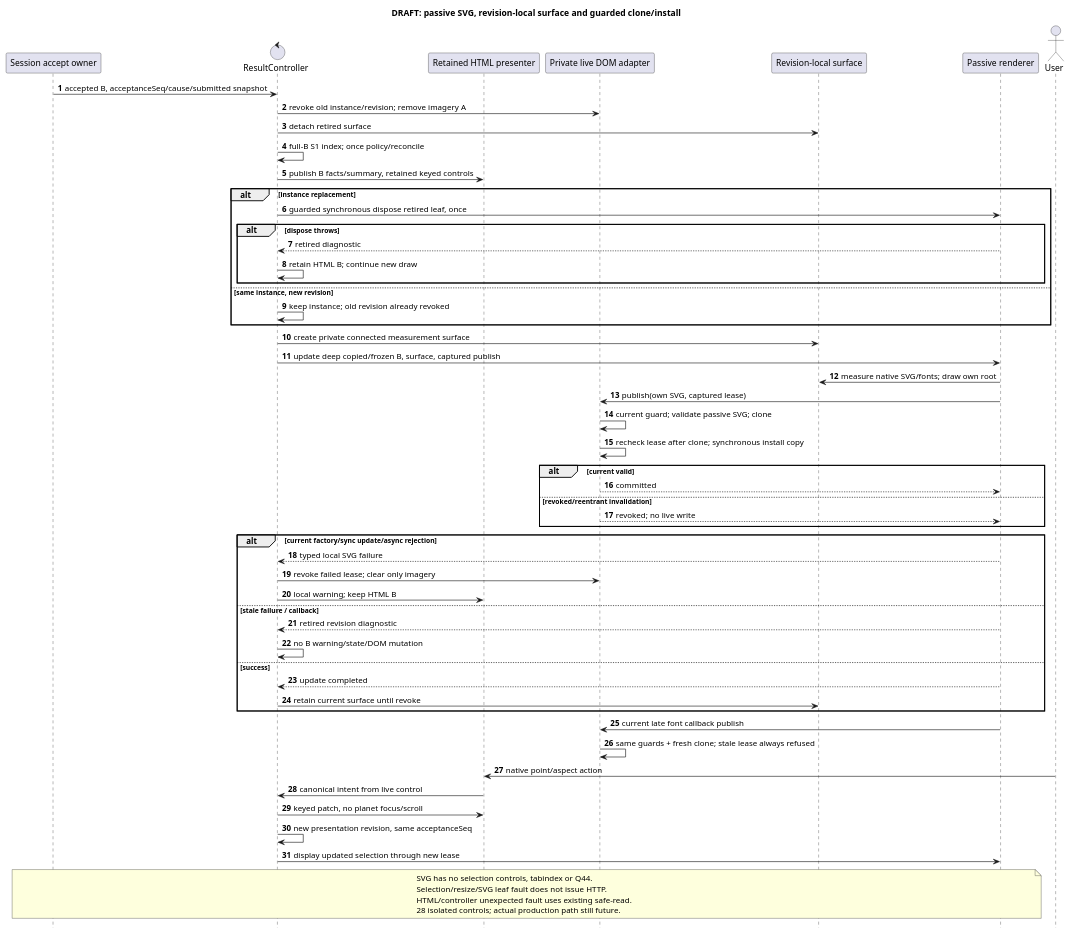
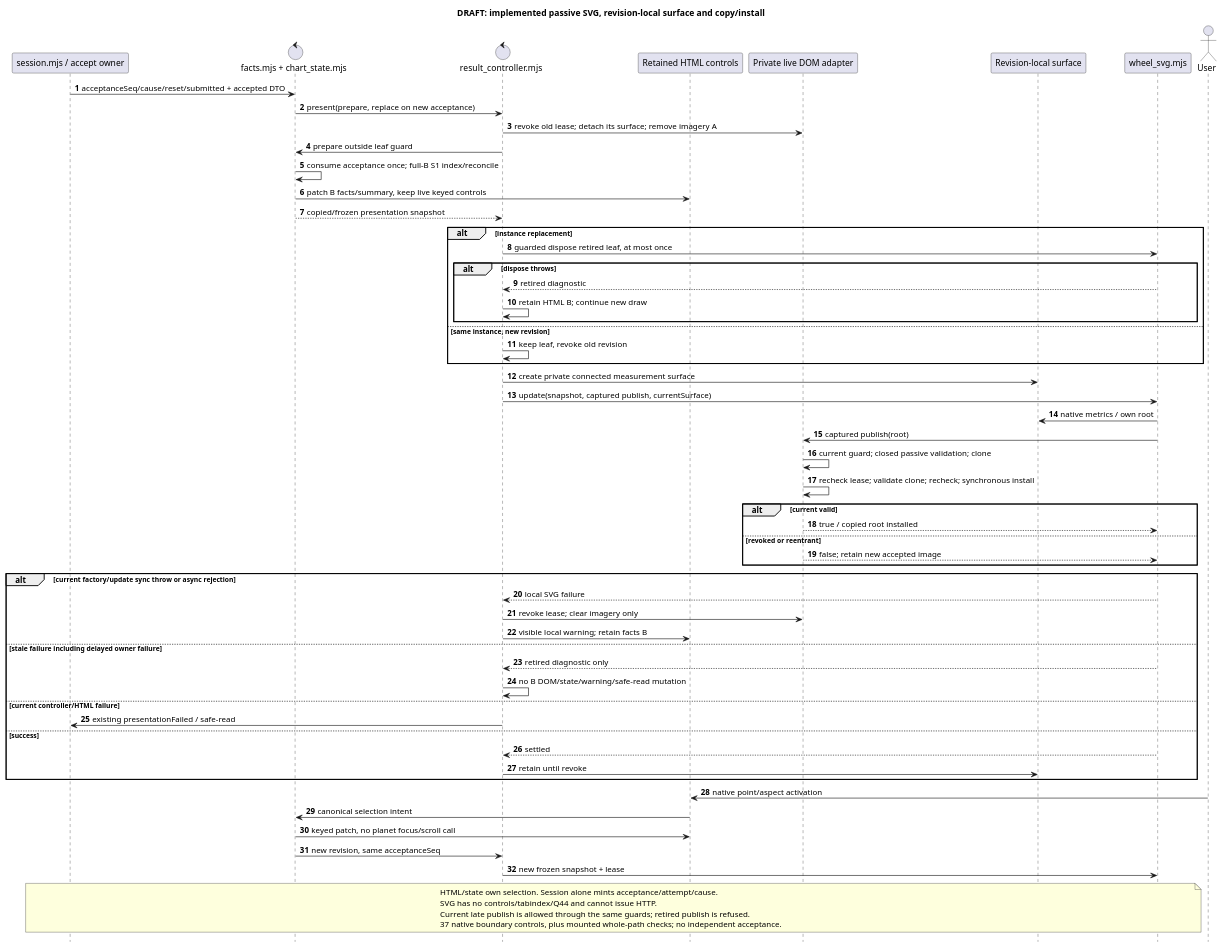
One commit to ksenia-baranova/exact-orb-demo changed the diagram in docs/project_management/change_plans/ui-chart-wheel/developer/sequence_diagrams/ui/003-passive-copy-install.puml. Above: the diagram before and after it, drawn with PlantUML. The commit also changed 1632 other files, not shown here.

First line of the commit message:
feat(ui-chart-wheel): render house rows and deliver Owner UI fixes

```diff
--- a/docs/project_management/change_plans/ui-chart-wheel/developer/sequence_diagrams/ui/003-passive-copy-install.puml
+++ b/docs/project_management/change_plans/ui-chart-wheel/developer/sequence_diagrams/ui/003-passive-copy-install.puml
@@ -1,62 +1,65 @@
 @startuml
-' DRAFT Developer,19.10.2026; InputSHA07bb56b; direct Owner preparation, no G3.
-title DRAFT: passive SVG, revision-local surface and guarded clone/install
+' DRAFT Developer,20.10.2026; implemented D007, InputSHA e0daa0e.
+title DRAFT: implemented passive SVG, revision-local surface and copy/install
 autonumber
 hide footbox
-participant "Session accept owner" as Session
-control "ResultController" as Result
-participant "Retained HTML presenter" as HTML
+participant "session.mjs / accept owner" as Session
+control "facts.mjs + chart_state.mjs" as Facts
+control "result_controller.mjs" as Result
+participant "Retained HTML controls" as HTML
 participant "Private live DOM adapter" as DOM
 participant "Revision-local surface" as Surface
-participant "Passive renderer" as Wheel
+participant "wheel_svg.mjs" as Wheel
 actor User
-Session -> Result : accepted B, acceptanceSeq/cause/submitted snapshot
-Result -> DOM : revoke old instance/revision; remove imagery A
-Result -> Surface : detach retired surface
-Result -> Result : full-B S1 index; once policy/reconcile
-Result -> HTML : publish B facts/summary, retained keyed controls
+Session -> Facts : acceptanceSeq/cause/reset/submitted + accepted DTO
+Facts -> Result : present(prepare, replace on new acceptance)
+Result -> DOM : revoke old lease; detach its surface; remove imagery A
+Result -> Facts : prepare outside leaf guard
+Facts -> Facts : consume acceptance once; full-B S1 index/reconcile
+Facts -> HTML : patch B facts/summary, keep live keyed controls
+Facts --> Result : copied/frozen presentation snapshot
 alt instance replacement
-  Result -> Wheel : guarded synchronous dispose retired leaf, once
+  Result -> Wheel : guarded dispose retired leaf, at most once
   alt dispose throws
     Wheel --> Result : retired diagnostic
     Result -> Result : retain HTML B; continue new draw
   end
 else same instance, new revision
-  Result -> Result : keep instance; old revision already revoked
+  Result -> Result : keep leaf, revoke old revision
 end
 Result -> Surface : create private connected measurement surface
-Result -> Wheel : update deep copied/frozen B, surface, captured publish
-Wheel -> Surface : measure native SVG/fonts; draw own root
-Wheel -> DOM : publish(own SVG, captured lease)
-DOM -> DOM : current guard; validate passive SVG; clone
-DOM -> DOM : recheck lease after clone; synchronous install copy
+Result -> Wheel : update(snapshot, captured publish, currentSurface)
+Wheel -> Surface : native metrics / own root
+Wheel -> DOM : captured publish(root)
+DOM -> DOM : current guard; closed passive validation; clone
+DOM -> DOM : recheck lease; validate clone; recheck; synchronous install
 alt current valid
-  DOM --> Wheel : committed
-else revoked/reentrant invalidation
-  DOM --> Wheel : revoked; no live write
+  DOM --> Wheel : true / copied root installed
+else revoked or reentrant
+  DOM --> Wheel : false; retain new accepted image
 end
-alt current factory/sync update/async rejection
-  Wheel --> Result : typed local SVG failure
-  Result -> DOM : revoke failed lease; clear only imagery
-  Result -> HTML : local warning; keep HTML B
-else stale failure / callback
-  Wheel --> Result : retired revision diagnostic
-  Result -> Result : no B warning/state/DOM mutation
+alt current factory/update sync throw or async rejection
+  Wheel --> Result : local SVG failure
+  Result -> DOM : revoke lease; clear imagery only
+  Result -> HTML : visible local warning; retain facts B
+else stale failure including delayed owner failure
+  Wheel --> Result : retired diagnostic only
+  Result -> Result : no B DOM/state/warning/safe-read mutation
+else current controller/HTML failure
+  Result -> Session : existing presentationFailed / safe-read
 else success
-  Wheel --> Result : update completed
-  Result -> Surface : retain current surface until revoke
+  Wheel --> Result : settled
+  Result -> Surface : retain until revoke
 end
-Wheel -> DOM : current late font callback publish
-DOM -> DOM : same guards + fresh clone; stale lease always refused
-User -> HTML : native point/aspect action
-HTML -> Result : canonical intent from live control
-Result -> HTML : keyed patch, no planet focus/scroll
-Result -> Result : new presentation revision, same acceptanceSeq
-Result -> Wheel : display updated selection through new lease
+User -> HTML : native point/aspect activation
+HTML -> Facts : canonical selection intent
+Facts -> HTML : keyed patch, no planet focus/scroll call
+Facts -> Result : new revision, same acceptanceSeq
+Result -> Wheel : new frozen snapshot + lease
 note over Session, Wheel
-SVG has no selection controls, tabindex or Q44.
-Selection/resize/SVG leaf fault does not issue HTTP.
-HTML/controller unexpected fault uses existing safe-read.
-28 isolated controls; actual production path still future.
+HTML/state own selection. Session alone mints acceptance/attempt/cause.
+SVG has no controls/tabindex/Q44 and cannot issue HTTP.
+Current late publish is allowed through the same guards; retired publish is refused.
+37 native boundary controls, plus mounted whole-path checks; no independent acceptance.
 end note
 @enduml
```
